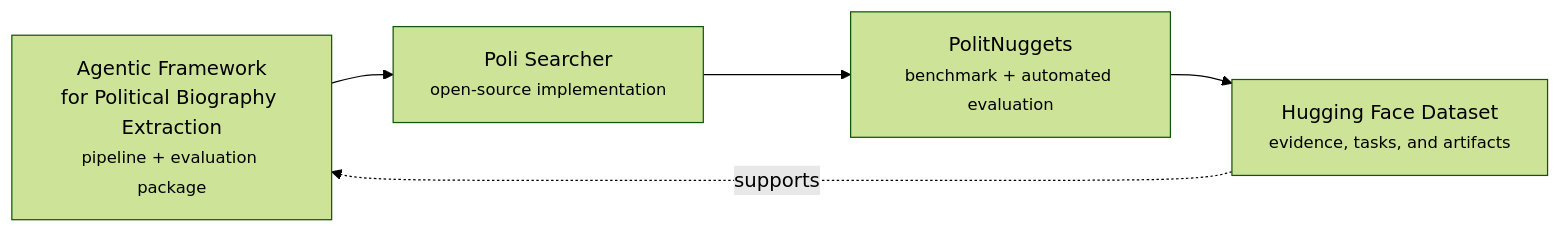
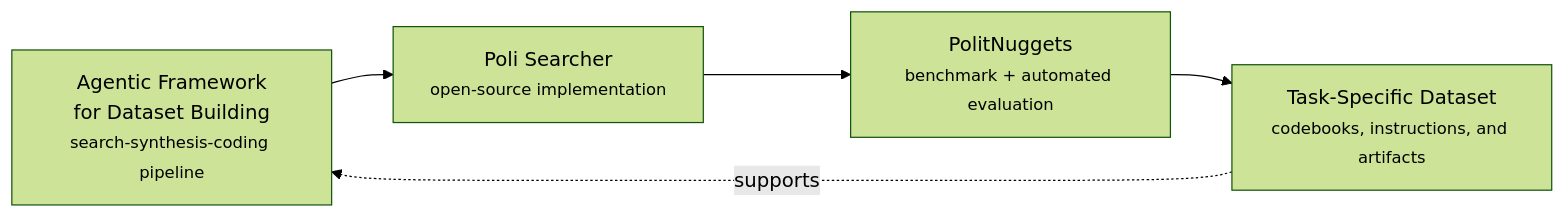
Before and after one commit to yifeifrank/yifeifrank.github.io: the diagram in _pages/poli_searcher.md, drawn with Mermaid (forest theme). The commit also changed other lines of this file and 2 other files, not shown here.

````diff
--- a/_pages/poli_searcher.md
+++ b/_pages/poli_searcher.md
@@ -19,12 +19,12 @@
 ```mermaid
 flowchart LR
-  A["Agentic Framework<br/>for Political Biography Extraction<br/><small>pipeline + evaluation package</small>"]
+  A["Agentic Framework<br/>for Dataset Building<br/><small>search-synthesis-coding pipeline</small>"]
   B["Poli Searcher<br/><small>open-source implementation</small>"]
   C["PolitNuggets<br/><small>benchmark + automated evaluation</small>"]
-  D["Hugging Face Dataset<br/><small>evidence, tasks, and artifacts</small>"]
+  D["Task-Specific Dataset<br/><small>codebooks, instructions, and artifacts</small>"]
 
   A --> B
   B --> C
   C --> D
   D -. supports .-> A
 ```
````
